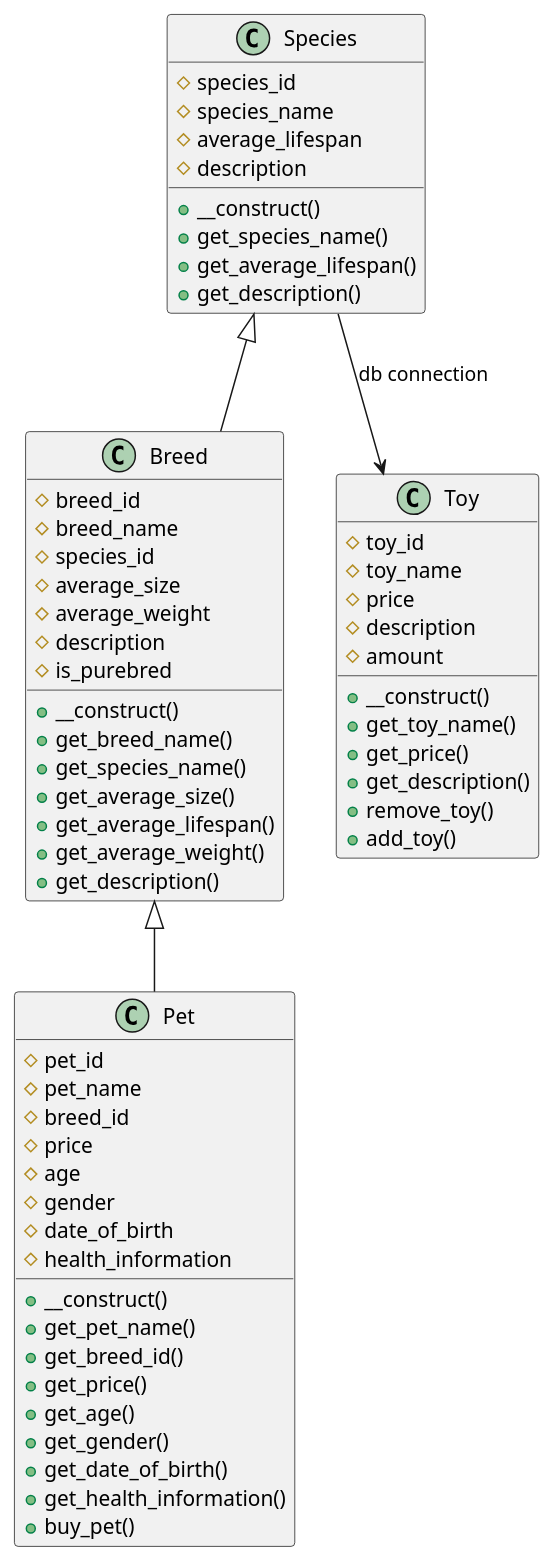
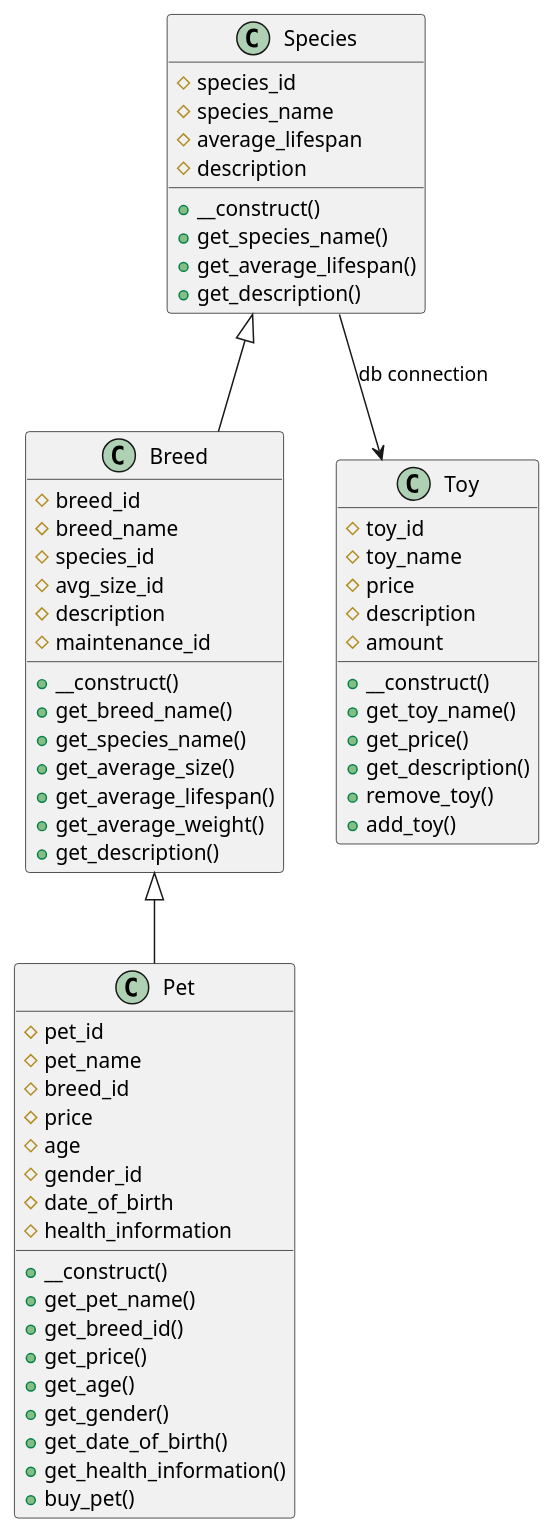
One commit to AleksandraPetrukova/block3-adv-web changed the diagram in project-1/pet-store.puml. Above: the diagram before and after it, drawn with PlantUML. The commit also changed 2 other files, not shown here.

```diff
--- a/project-1/pet-store.puml
+++ b/project-1/pet-store.puml
@@ -1,70 +1,69 @@
 @startuml
 
 class Species {
     #species_id
     #species_name
     #average_lifespan
     #description
     +__construct()
     +get_species_name()
     +get_average_lifespan()
     +get_description()
 }
 
 class Breed {
     #breed_id
     #breed_name
     #species_id
-    #average_size
-    #average_weight
+    #avg_size_id
     #description
-    #is_purebred
+    #maintenance_id
     +__construct()
     +get_breed_name()
     +get_species_name()
     +get_average_size()
     +get_average_lifespan()
     +get_average_weight()
     +get_description()
 }
 
 class Pet {
     #pet_id
     #pet_name
     #breed_id
     #price 
     #age
-    #gender
+    #gender_id
     #date_of_birth
     #health_information
     +__construct()
     +get_pet_name()
     +get_breed_id()
     +get_price()
     +get_age()
     +get_gender()
     +get_date_of_birth()
     +get_health_information()
     +buy_pet()
 }
 
 class Toy {
     #toy_id
     #toy_name
     #price
     #description
     #amount
     +__construct()
     +get_toy_name()
     +get_price()
     +get_description()
     +remove_toy()
     +add_toy()
 }
 
 Species <|-- Breed
 Breed <|-- Pet
 
 Species --> Toy : db connection
 
 @enduml
```
